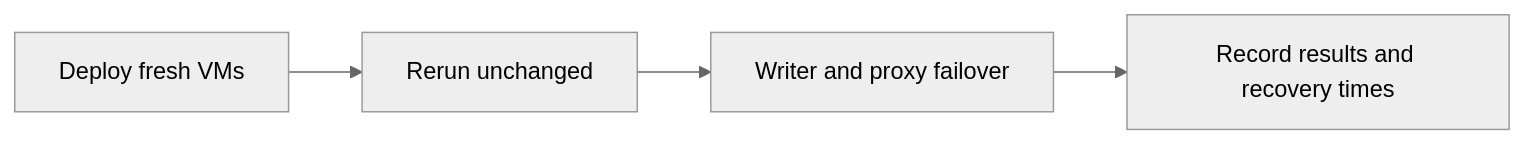
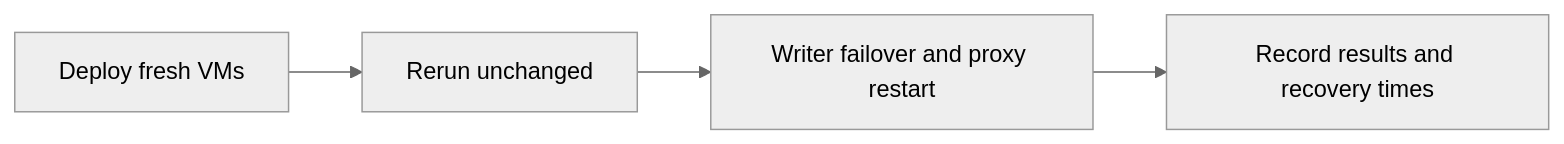
Before and after one commit to vishuops0210/percona_server_8.4: the diagram in docs/production-checklist.md, drawn with Mermaid (neutral theme). The commit also changed other lines of this file and 14 other files, not shown here.

````diff
--- a/docs/production-checklist.md
+++ b/docs/production-checklist.md
@@ -45,6 +45,6 @@
 ```mermaid
 flowchart LR
   D[Deploy fresh VMs] --> R[Rerun unchanged]
-  R --> F[Writer and proxy failover]
+  R --> F[Writer failover and proxy restart]
   F --> E[Record results and recovery times]
 ```
````
